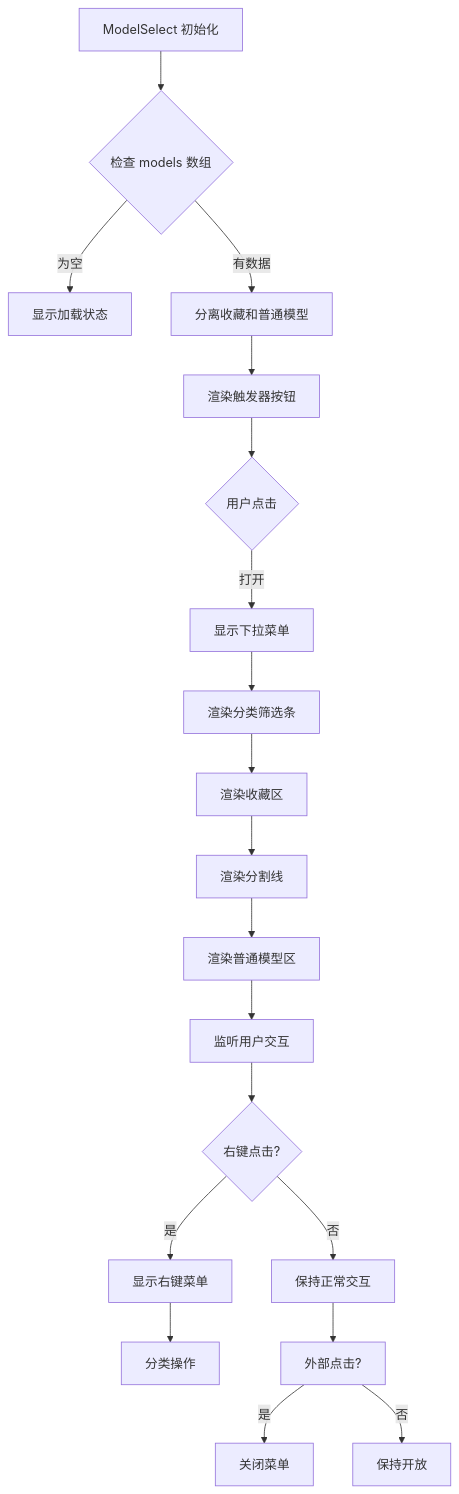
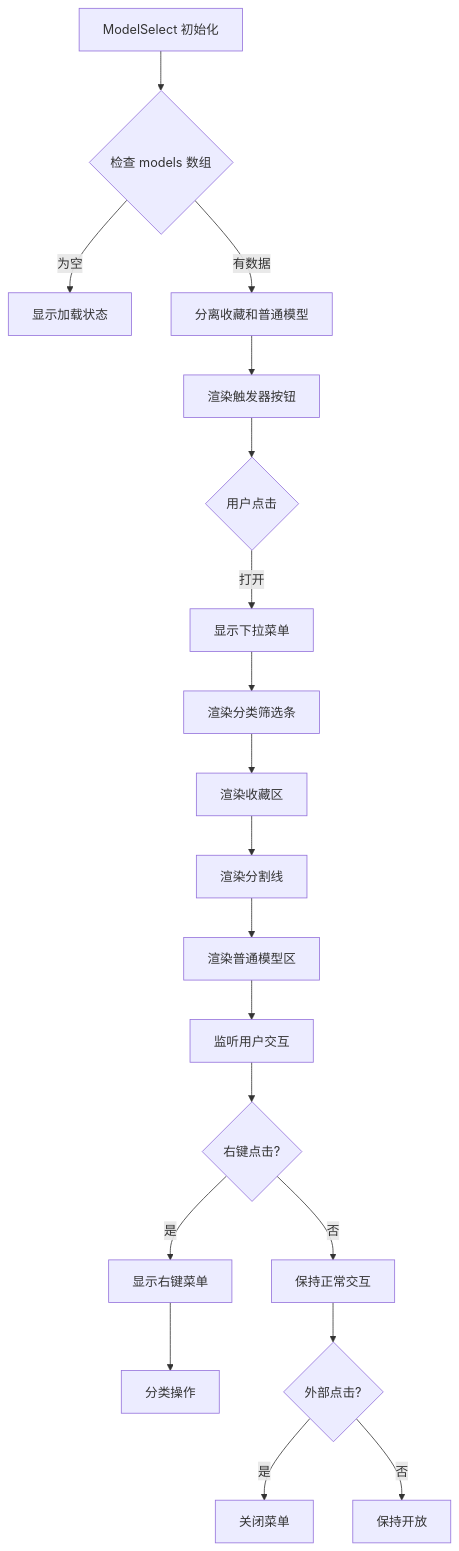
One commit to billye220670/CorineKit_Pix2Real changed the eighth of 16 diagrams in .qoder/repowiki/zh/content/用户界面组件/控制面板组件/ZIT快出侧边栏.md. Above: the diagram before and after it, drawn with Mermaid. The commit also changed other lines of this file and 49 other files, not shown here.

````diff
--- a/.qoder/repowiki/zh/content/用户界面组件/控制面板组件/ZIT快出侧边栏.md
+++ b/.qoder/repowiki/zh/content/用户界面组件/控制面板组件/ZIT快出侧边栏.md
@@ -392,21 +735,21 @@
 ```mermaid
 flowchart TD
 A[ModelSelect 初始化] --> B{检查 models 数组}
 B --> |为空| C[显示加载状态]
 B --> |有数据| D[分离收藏和普通模型]
 D --> E[渲染触发器按钮]
 E --> F{用户点击}
 F --> |打开| G[显示下拉菜单]
 G --> H[渲染分类筛选条]
 H --> I[渲染收藏区]
 I --> J[渲染分割线]
 J --> K[渲染普通模型区]
 K --> L[监听用户交互]
 L --> M{右键点击?}
 M --> |是| N[显示右键菜单]
 M --> |否| O[保持正常交互]
 N --> P[分类操作]
-O --> Q[外部点击?]
+O --> Q{外部点击?}
 Q --> |是| R[关闭菜单]
 Q --> |否| S[保持开放]
 ```
````
